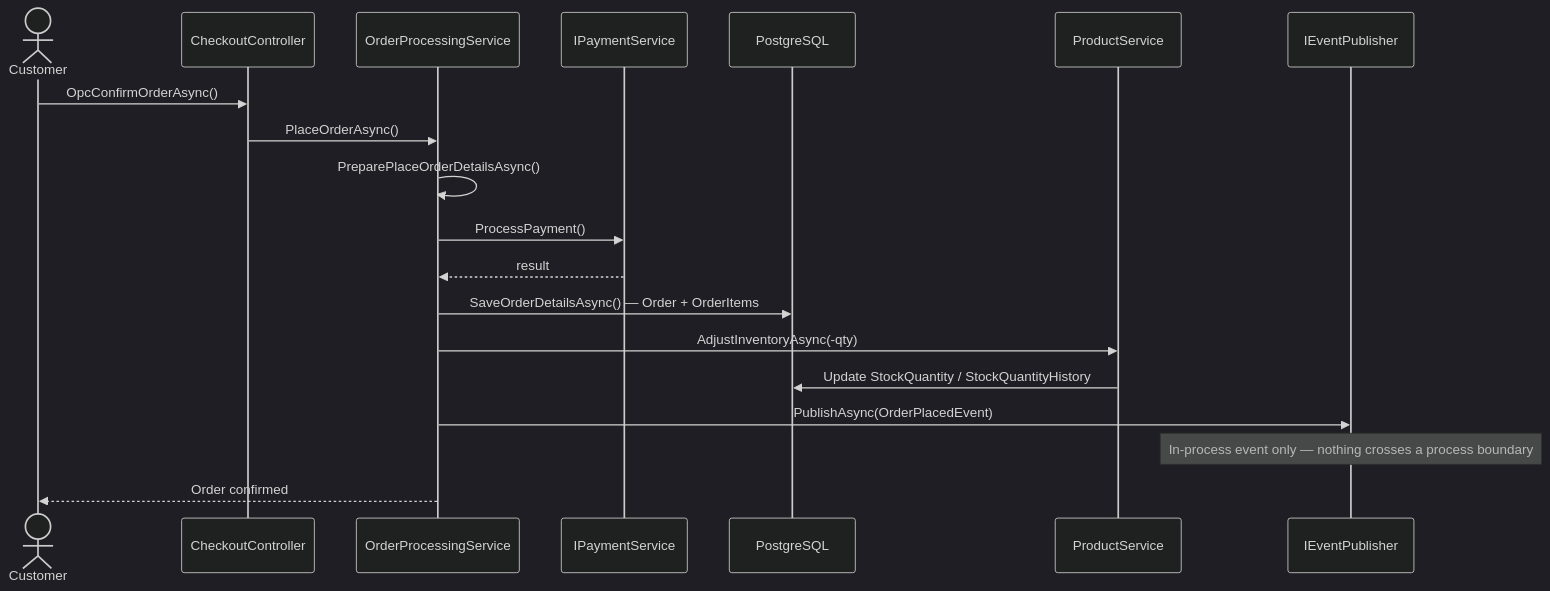
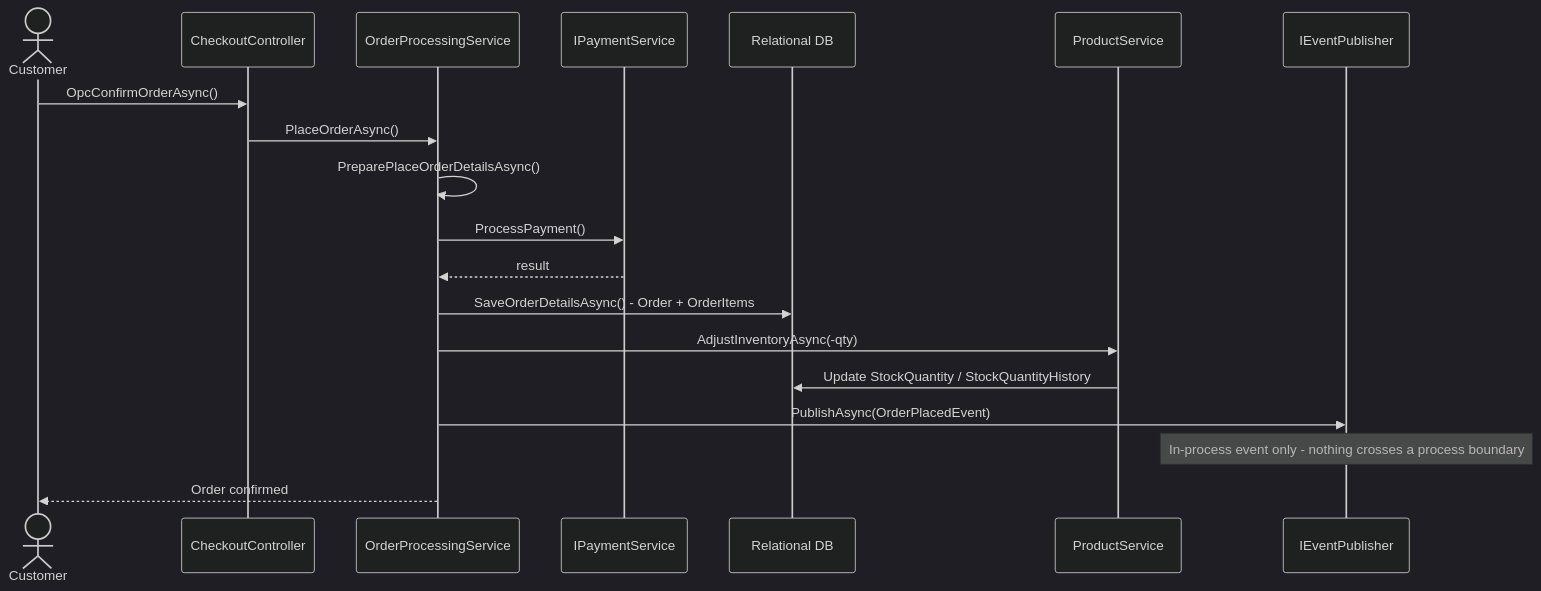
One commit to AS-Assignment2/AS-2-NopCommerce changed the second of 11 diagrams in docs/architecture-report.md. Above: the diagram before and after it, drawn with Mermaid (dark theme). The commit also changed other lines of this file and 24 other files, not shown here.

````diff
--- a/docs/architecture-report.md
+++ b/docs/architecture-report.md
@@ -134,22 +146,22 @@
 ```mermaid
 sequenceDiagram
     actor Customer
     participant CC as CheckoutController
     participant OPS as OrderProcessingService
     participant PAY as IPaymentService
-    participant DB as PostgreSQL
+    participant DB as Relational DB
     participant PS as ProductService
     participant EP as IEventPublisher
 
     Customer->>CC: OpcConfirmOrderAsync()
     CC->>OPS: PlaceOrderAsync()
     OPS->>OPS: PreparePlaceOrderDetailsAsync()
     OPS->>PAY: ProcessPayment()
     PAY-->>OPS: result
-    OPS->>DB: SaveOrderDetailsAsync() — Order + OrderItems
+    OPS->>DB: SaveOrderDetailsAsync() - Order + OrderItems
     OPS->>PS: AdjustInventoryAsync(-qty)
     PS->>DB: Update StockQuantity / StockQuantityHistory
     OPS->>EP: PublishAsync(OrderPlacedEvent)
-    Note over EP: In-process event only — nothing crosses a process boundary
+    Note over EP: In-process event only - nothing crosses a process boundary
     OPS-->>Customer: Order confirmed
 ```
````
